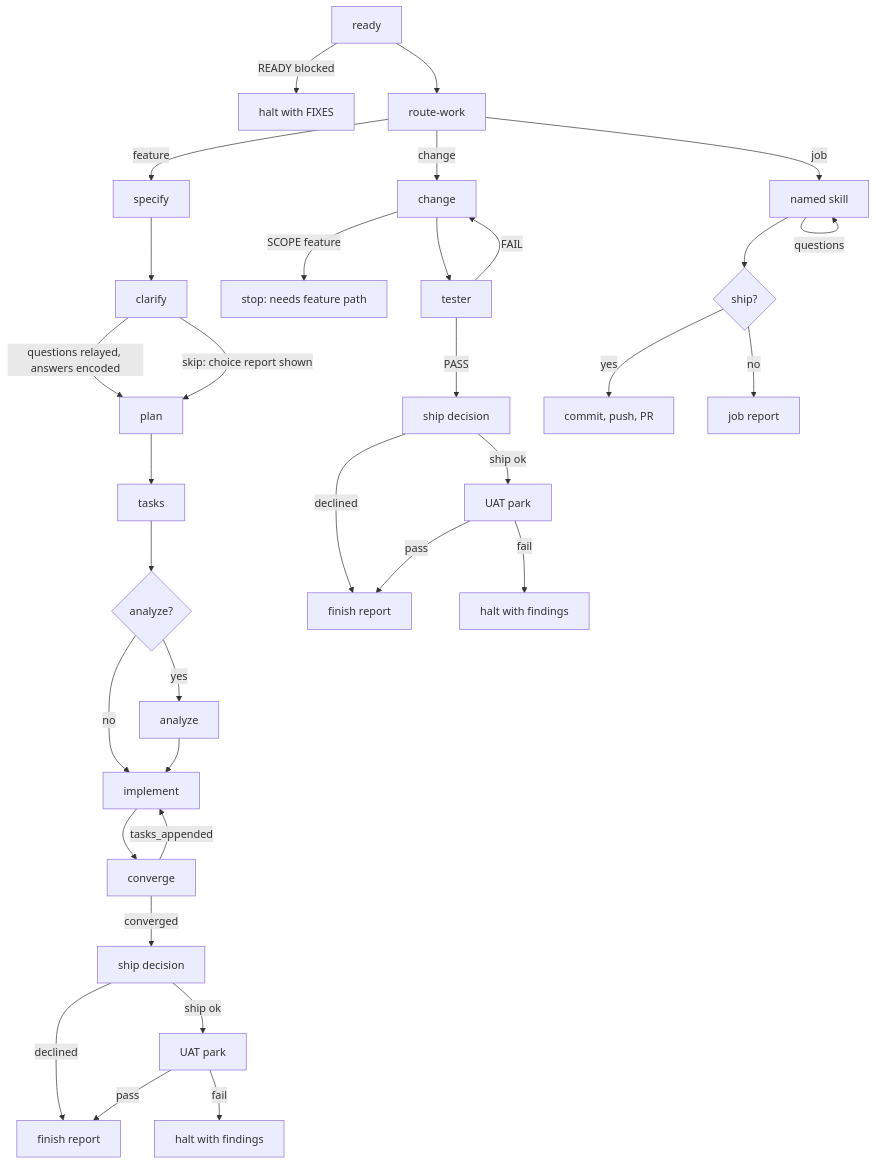
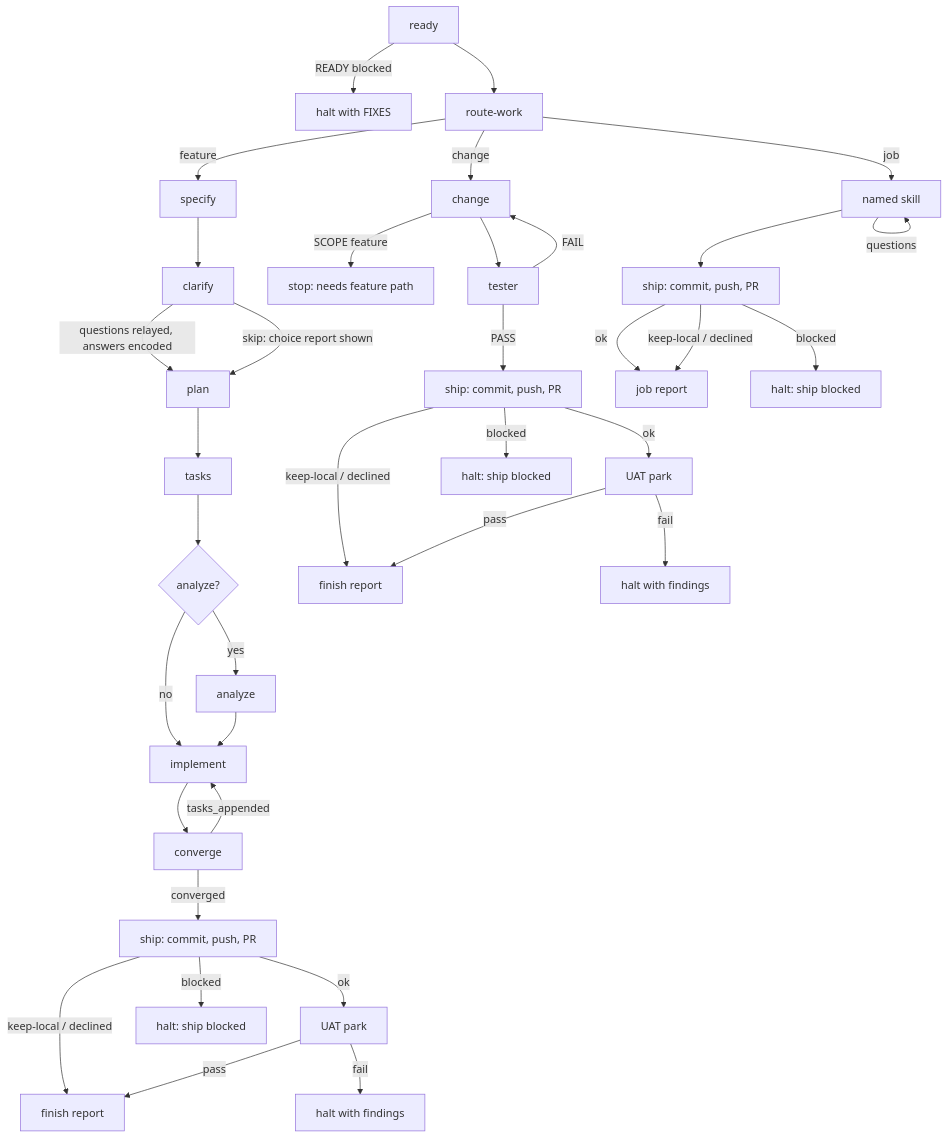
One commit to emadpoursina/agenticCoding changed the diagram in AiNative/docs/agents/speckit-orchestrate/SKILL.md. Above: the diagram before and after it, drawn with Mermaid. The commit also changed other lines of this file and 10 other files, not shown here.

First line of the commit message:
docs(speckit-orchestrate): auto-ship after validation, keep-local opt-out

````diff
--- a/AiNative/docs/agents/speckit-orchestrate/SKILL.md
+++ b/AiNative/docs/agents/speckit-orchestrate/SKILL.md
@@ -237,38 +246,41 @@
 ```mermaid
 flowchart TD
   ready[ready] -->|READY blocked| haltReady[halt with FIXES]
   ready --> route[route-work]
   route -->|feature| specify[specify]
   route -->|change| change[change]
   route -->|job| job[named skill]
 
   specify --> clarify[clarify]
   clarify -->|questions relayed, answers encoded| plan[plan]
   clarify -->|skip: choice report shown| plan
   plan --> tasks[tasks]
   tasks --> analyze{analyze?}
   analyze -->|yes| analyzeRun[analyze]
   analyze -->|no| impl[implement]
   analyzeRun --> impl
   impl --> conv[converge]
   conv -->|tasks_appended| impl
-  conv -->|converged| featureShip[ship decision]
-  featureShip -->|ship ok| featureUat[UAT park]
-  featureShip -->|declined| featureDone[finish report]
+  conv -->|converged| featureShip[ship: commit, push, PR]
+  featureShip -->|ok| featureUat[UAT park]
+  featureShip -->|keep-local / declined| featureDone[finish report]
+  featureShip -->|blocked| featureShipHalt[halt: ship blocked]
   featureUat -->|pass| featureDone
   featureUat -->|fail| featureHalt[halt with findings]
 
   change -->|SCOPE feature| haltScope[stop: needs feature path]
   change --> tester[tester]
   tester -->|FAIL| change
-  tester -->|PASS| changeShip[ship decision]
-  changeShip -->|ship ok| changeUat[UAT park]
-  changeShip -->|declined| changeDone[finish report]
+  tester -->|PASS| changeShip[ship: commit, push, PR]
+  changeShip -->|ok| changeUat[UAT park]
+  changeShip -->|keep-local / declined| changeDone[finish report]
+  changeShip -->|blocked| changeShipHalt[halt: ship blocked]
   changeUat -->|pass| changeDone
   changeUat -->|fail| changeHalt[halt with findings]
 
   job -->|questions| job
-  job --> publish{ship?}
-  publish -->|yes| pr[commit, push, PR]
-  publish -->|no| jobDone[job report]
+  job --> publish[ship: commit, push, PR]
+  publish -->|ok| jobDone[job report]
+  publish -->|keep-local / declined| jobDone
+  publish -->|blocked| jobShipHalt[halt: ship blocked]
 ```
````
